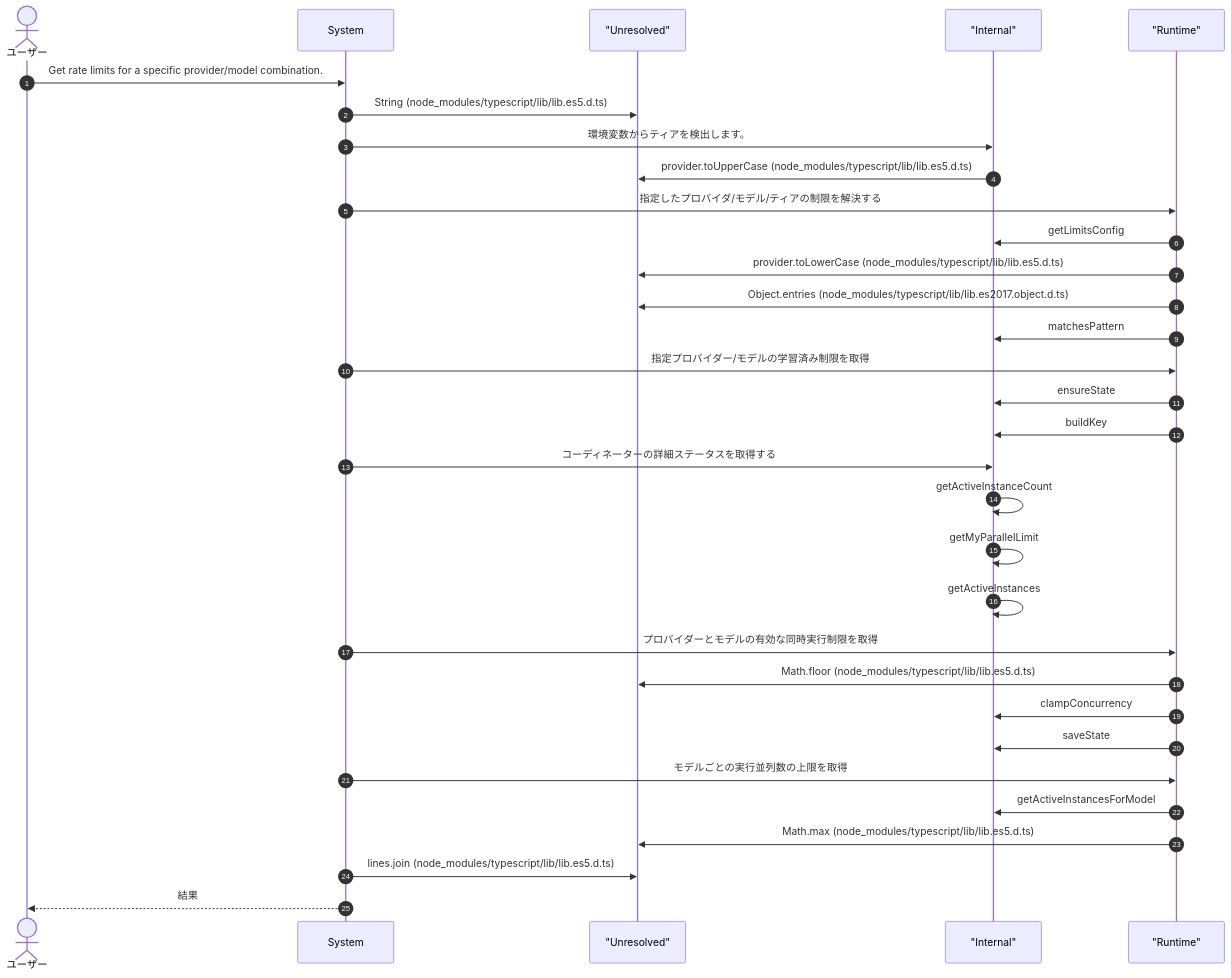
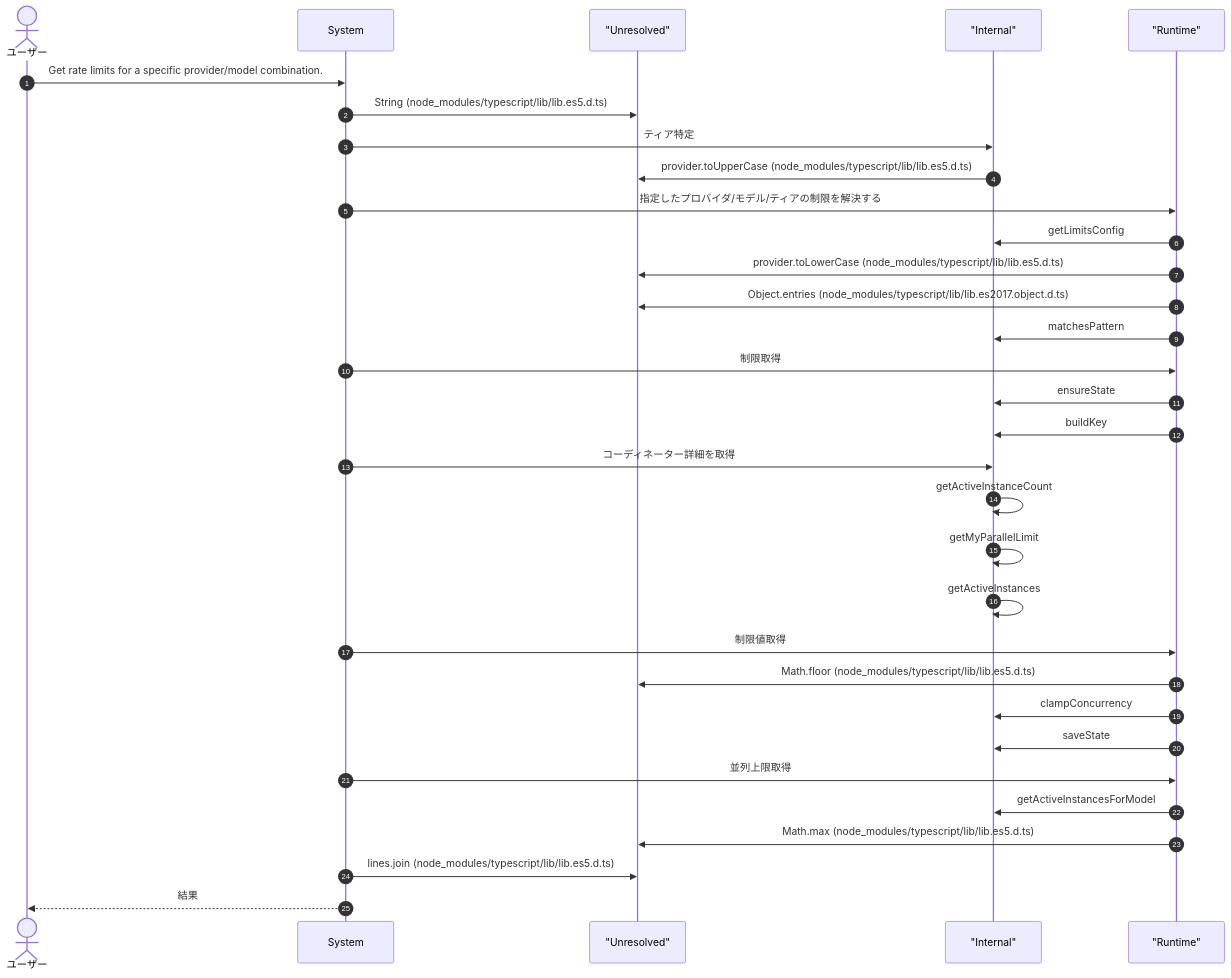
Before and after one commit to Mekann2904/mekann: the second of 3 diagrams in ABDD/.pi/extensions/cross-instance-runtime.md, drawn with Mermaid. The commit also changed other lines of this file and 212 other files, not shown here.

````diff
--- a/ABDD/.pi/extensions/cross-instance-runtime.md
+++ b/ABDD/.pi/extensions/cross-instance-runtime.md
@@ -83,36 +83,36 @@
 ```mermaid
 sequenceDiagram
   autonumber
   actor User as ユーザー
   participant System as System
   participant Unresolved as "Unresolved"
   participant Internal as "Internal"
   participant Runtime as "Runtime"
 
   User->>System: Get rate limits for a specific provider/model combination.
   System->>Unresolved: String (node_modules/typescript/lib/lib.es5.d.ts)
-  System->>Internal: 環境変数からティアを検出します。
+  System->>Internal: ティア特定
   Internal->>Unresolved: provider.toUpperCase (node_modules/typescript/lib/lib.es5.d.ts)
   System->>Runtime: 指定したプロバイダ/モデル/ティアの制限を解決する
   Runtime->>Internal: getLimitsConfig
   Runtime->>Unresolved: provider.toLowerCase (node_modules/typescript/lib/lib.es5.d.ts)
   Runtime->>Unresolved: Object.entries (node_modules/typescript/lib/lib.es2017.object.d.ts)
   Runtime->>Internal: matchesPattern
-  System->>Runtime: 指定プロバイダー/モデルの学習済み制限を取得
+  System->>Runtime: 制限取得
   Runtime->>Internal: ensureState
   Runtime->>Internal: buildKey
-  System->>Internal: コーディネーターの詳細ステータスを取得する
+  System->>Internal: コーディネーター詳細を取得
   Internal->>Internal: getActiveInstanceCount
   Internal->>Internal: getMyParallelLimit
   Internal->>Internal: getActiveInstances
-  System->>Runtime: プロバイダーとモデルの有効な同時実行制限を取得
+  System->>Runtime: 制限値取得
   Runtime->>Unresolved: Math.floor (node_modules/typescript/lib/lib.es5.d.ts)
   Runtime->>Internal: clampConcurrency
   Runtime->>Internal: saveState
-  System->>Runtime: モデルごとの実行並列数の上限を取得
+  System->>Runtime: 並列上限取得
   Runtime->>Internal: getActiveInstancesForModel
   Runtime->>Unresolved: Math.max (node_modules/typescript/lib/lib.es5.d.ts)
   System->>Unresolved: lines.join (node_modules/typescript/lib/lib.es5.d.ts)
   System-->>User: 結果
 
 ```
````
